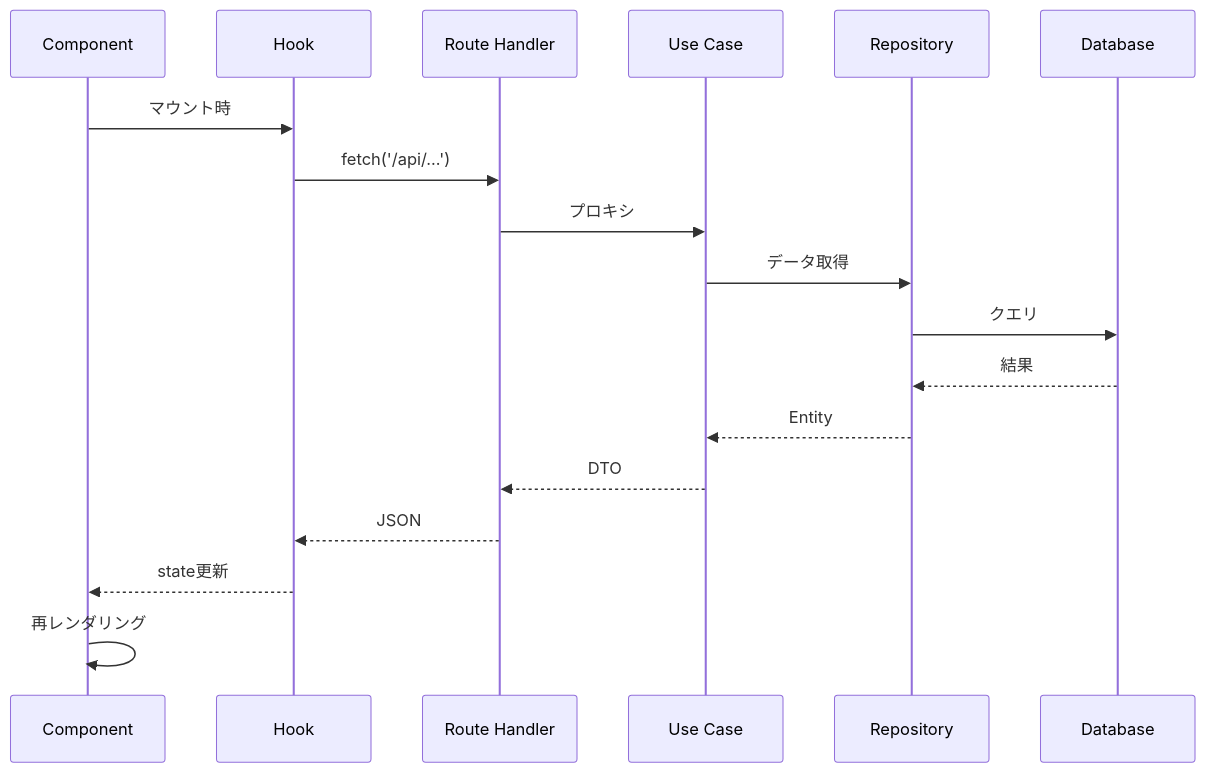
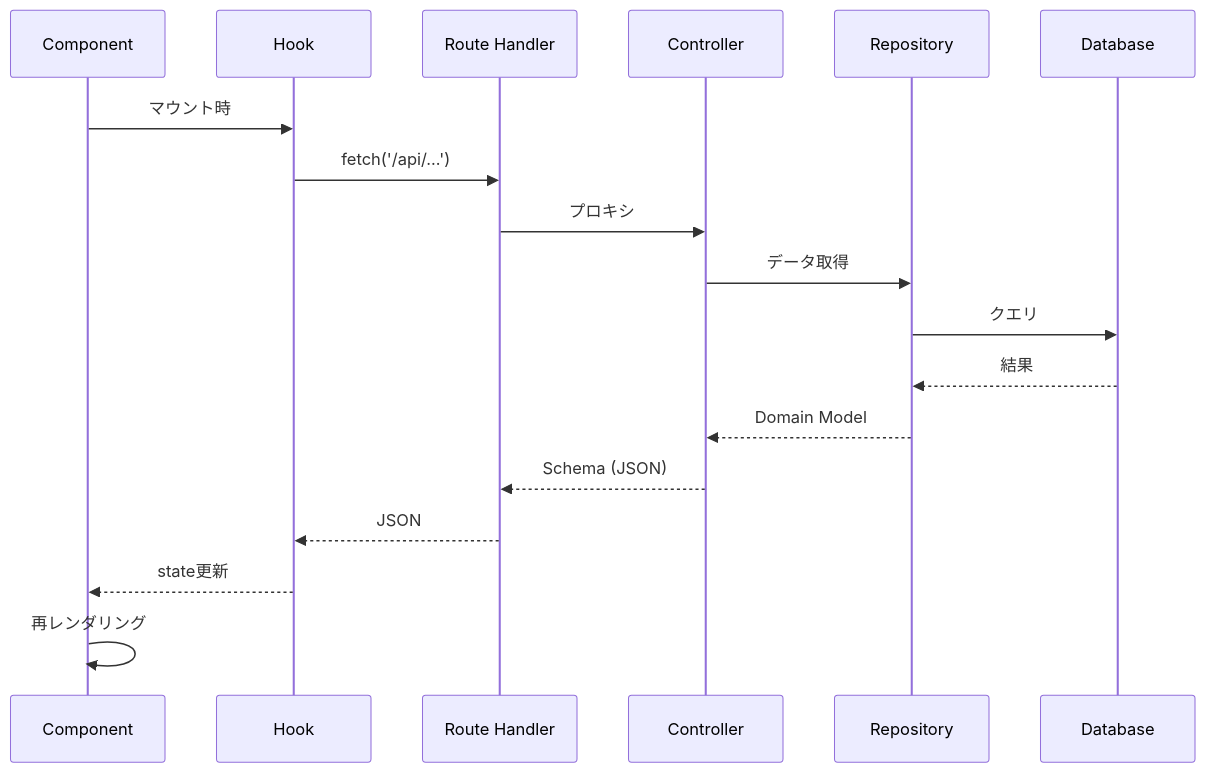
The sixth of 9 diagrams in docs/poc/service-architecture.md (ryota197/ai-trade-pj), drawn with Mermaid before and after one commit. The commit also changed other lines of this file and 44 other files, not shown here.

````diff
--- a/docs/poc/service-architecture.md
+++ b/docs/poc/service-architecture.md
@@ -247,21 +324,21 @@
 ```mermaid
 sequenceDiagram
     participant C as Component
     participant H as Hook
-    participant R as Route Handler
-    participant U as Use Case
+    participant BFF as Route Handler
+    participant Ctrl as Controller
     participant Repo as Repository
     participant DB as Database
 
     C->>H: マウント時
-    H->>R: fetch('/api/...')
-    R->>U: プロキシ
-    U->>Repo: データ取得
+    H->>BFF: fetch('/api/...')
+    BFF->>Ctrl: プロキシ
+    Ctrl->>Repo: データ取得
     Repo->>DB: クエリ
     DB-->>Repo: 結果
-    Repo-->>U: Entity
-    U-->>R: DTO
-    R-->>H: JSON
+    Repo-->>Ctrl: Domain Model
+    Ctrl-->>BFF: Schema (JSON)
+    BFF-->>H: JSON
     H-->>C: state更新
     C->>C: 再レンダリング
 ```
````
